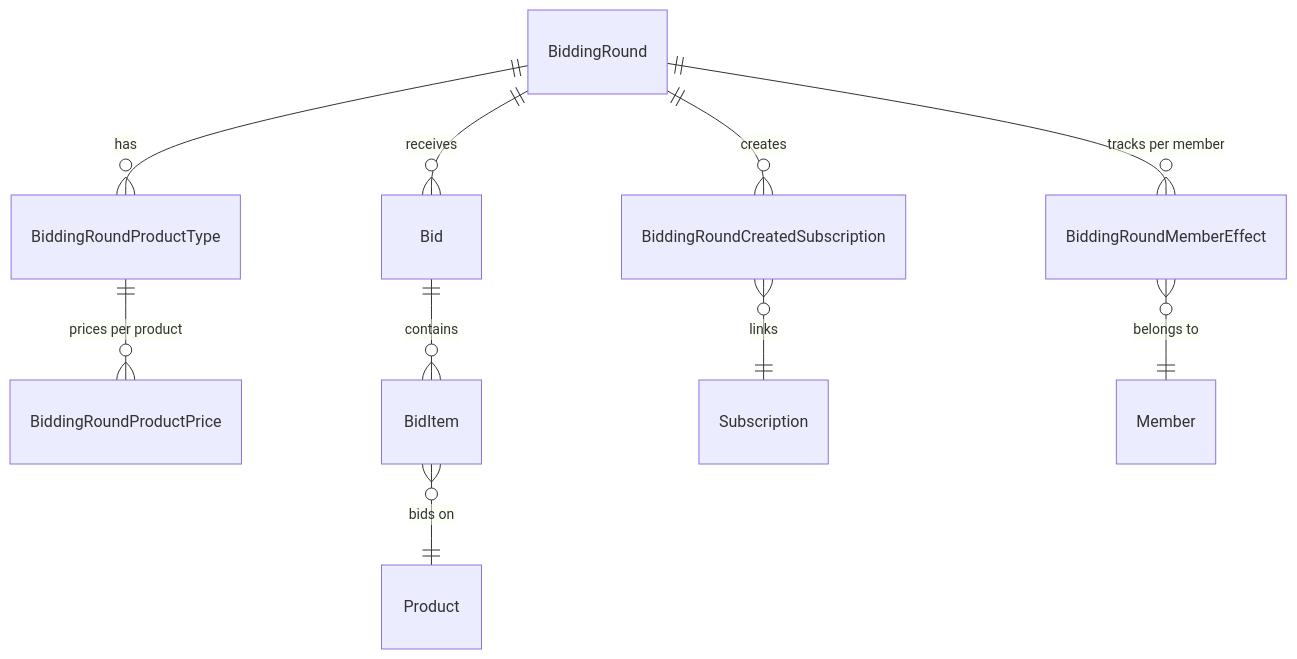
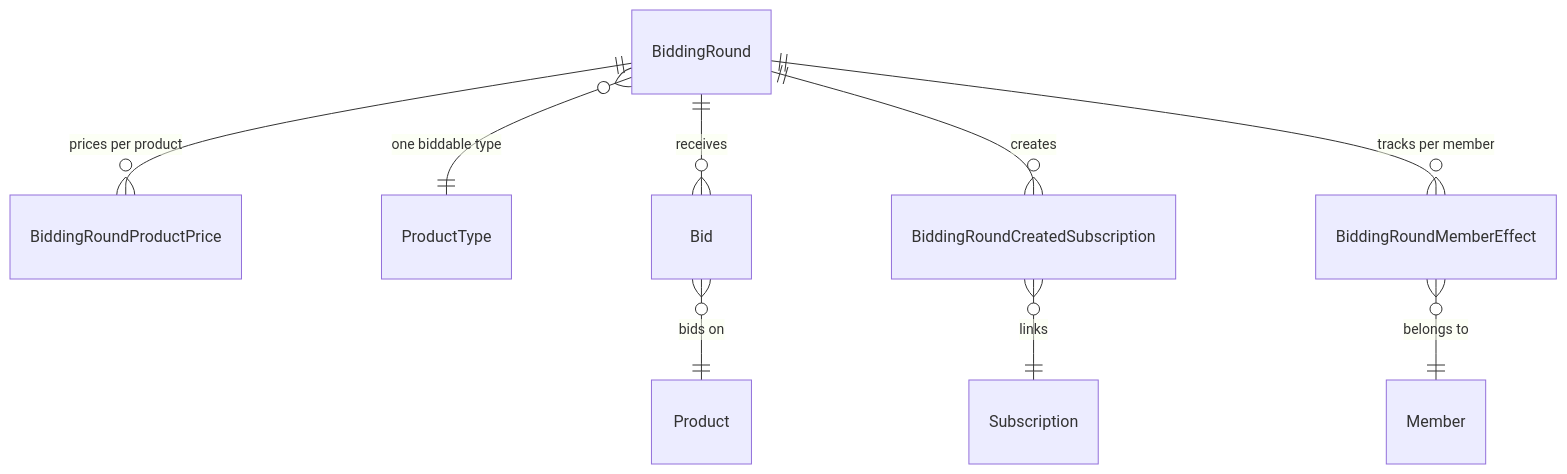
The second of 5 diagrams in docs/dev/bidding_round.md (FoodCoopX/wirgarten-tapir), drawn with Mermaid before and after one commit. The commit also changed other lines of this file and 1 other file, not shown here.

First line of the commit message:
docs(bidding-round): document the merged model and the round price (#1311)

````diff
--- a/docs/dev/bidding_round.md
+++ b/docs/dev/bidding_round.md
@@ -115,12 +115,11 @@
 ```mermaid
 erDiagram
-    BiddingRound ||--o{ BiddingRoundProductType : "has"
-    BiddingRoundProductType ||--o{ BiddingRoundProductPrice : "prices per product"
+    BiddingRound ||--o{ BiddingRoundProductPrice : "prices per product"
+    BiddingRound }o--|| ProductType : "one biddable type"
     BiddingRound ||--o{ Bid : "receives"
-    Bid ||--o{ BidItem : "contains"
-    BidItem }o--|| Product : "bids on"
+    Bid }o--|| Product : "bids on"
     BiddingRound ||--o{ BiddingRoundCreatedSubscription : "creates"
     BiddingRoundCreatedSubscription }o--|| Subscription : "links"
     BiddingRound ||--o{ BiddingRoundMemberEffect : "tracks per member"
     BiddingRoundMemberEffect }o--|| Member : "belongs to"
 ```
````
